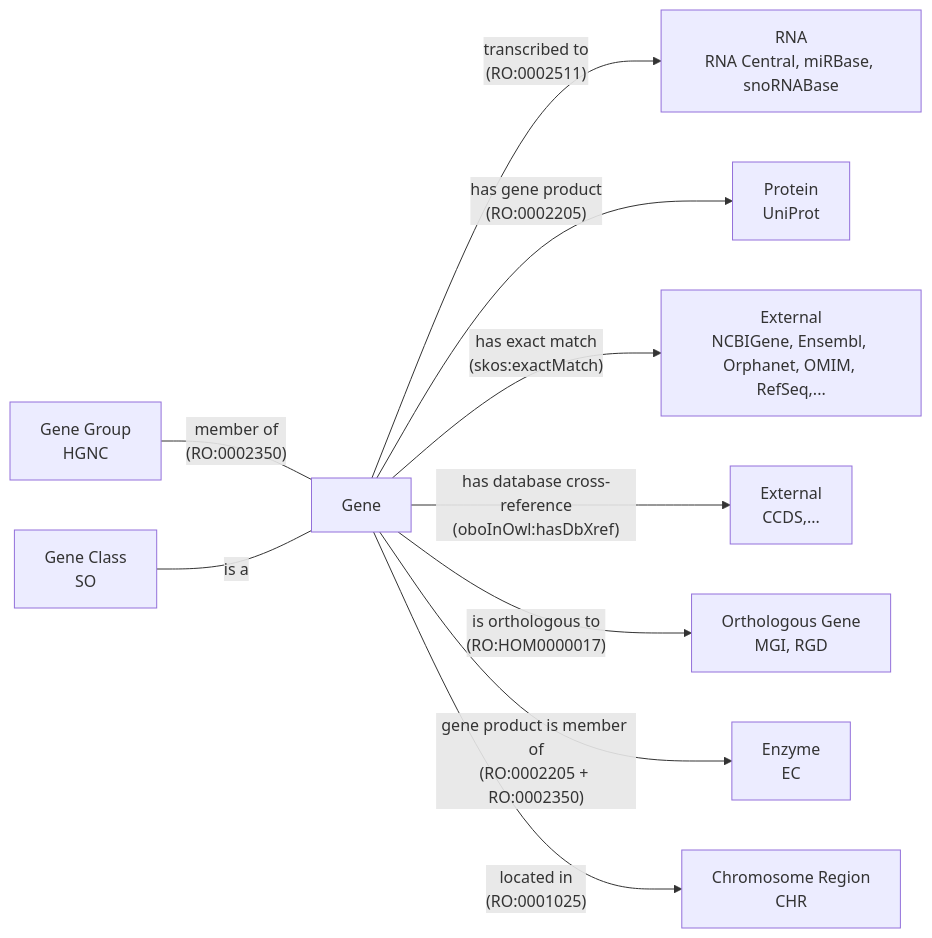
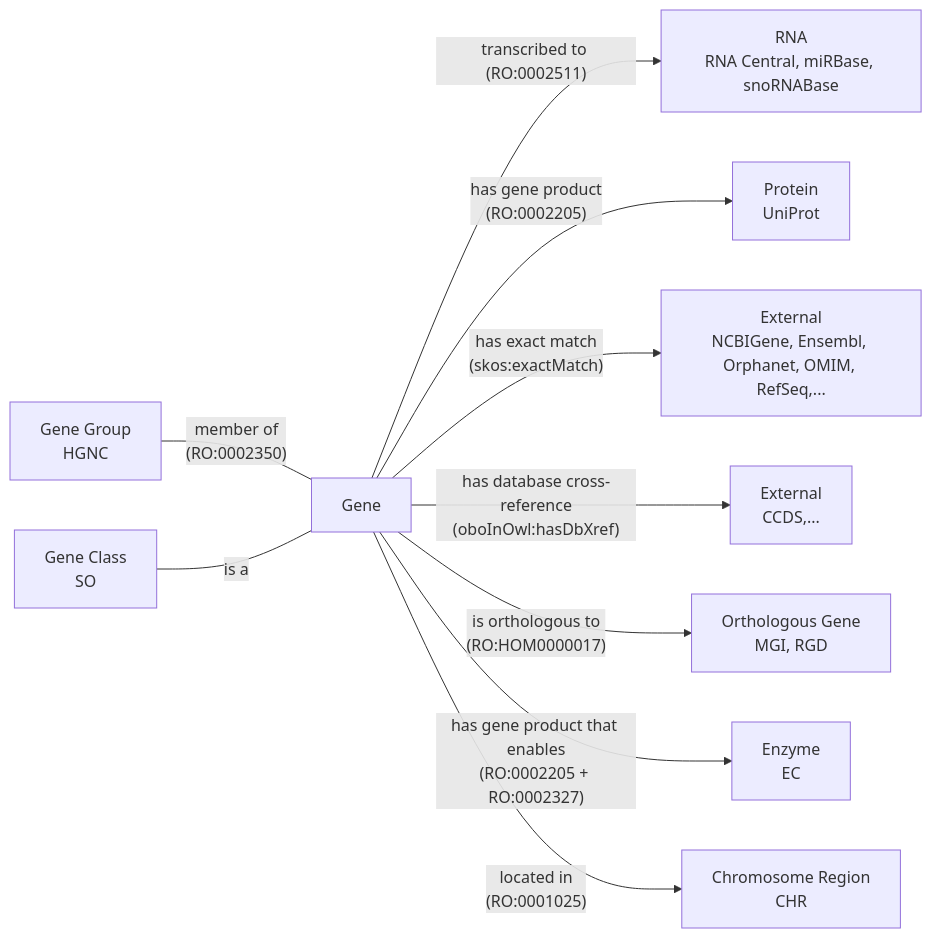
Before and after one commit to cthoyt/cthoyt.github.io: the second of 2 diagrams in _posts/2025-10-15-hgnc-ontology.md, drawn with Mermaid. The commit also changed other lines of this file, not shown here.

````diff
--- a/_posts/2025-10-15-hgnc-ontology.md
+++ b/_posts/2025-10-15-hgnc-ontology.md
@@ -626,12 +637,12 @@
 ```mermaid
 graph LR
-    genegroup[Gene Group\nHGNC] -- " member of\n(RO:0002350) " --- gene[Gene]
-    geneclass[Gene Class\nSO] -- is a --- gene
-    gene -- " transcribed to\n(RO:0002511) " --> rna[RNA\nRNA Central, miRBase, snoRNABase]
-    gene -- " has gene product\n(RO:0002205) " --> protein[Protein\nUniProt]
-    gene -- " has exact match\n(skos:exactMatch) " --> external1[External\nNCBIGene, Ensembl, Orphanet, OMIM, RefSeq,...]
-    gene -- " has database cross-reference\n(oboInOwl:hasDbXref) " --> externa2[External\nCCDS,...]
-    gene -- " is orthologous to\n(RO:HOM0000017) " --> orthology[Orthologous Gene\nMGI, RGD]
-    gene -- " gene product is member of\n(RO:0002205 + RO:0002350) " --> enzyme[Enzyme\nEC]
-    gene -- " located in\n(RO:0001025) " --> chr[Chromosome Region\nCHR]
+    genegroup[Gene Group<br>HGNC] -- " member of<br>(RO:0002350) " --- gene[Gene]
+    geneclass[Gene Class<br>SO] -- is a --- gene
+    gene -- " transcribed to (RO:0002511) " --> rna[RNA<br>RNA Central, miRBase, snoRNABase]
+    gene -- " has gene product<br>(RO:0002205) " --> protein[Protein<br>UniProt]
+    gene -- " has exact match<br>(skos:exactMatch) " --> external1[External<br>NCBIGene, Ensembl, Orphanet, OMIM, RefSeq,...]
+    gene -- " has database cross-reference<br>(oboInOwl:hasDbXref) " --> externa2[External<br>CCDS,...]
+    gene -- " is orthologous to<br>(RO:HOM0000017) " --> orthology[Orthologous Gene<br>MGI, RGD]
+    gene -- " has gene product that enables<br>(RO:0002205 + RO:0002327) " --> enzyme[Enzyme<br>EC]
+    gene -- " located in<br>(RO:0001025) " --> chr[Chromosome Region<br>CHR]
 ```
````
